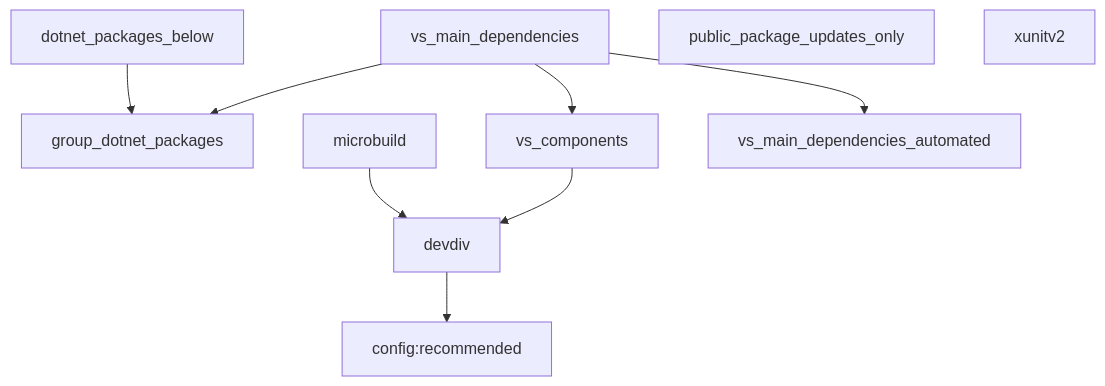
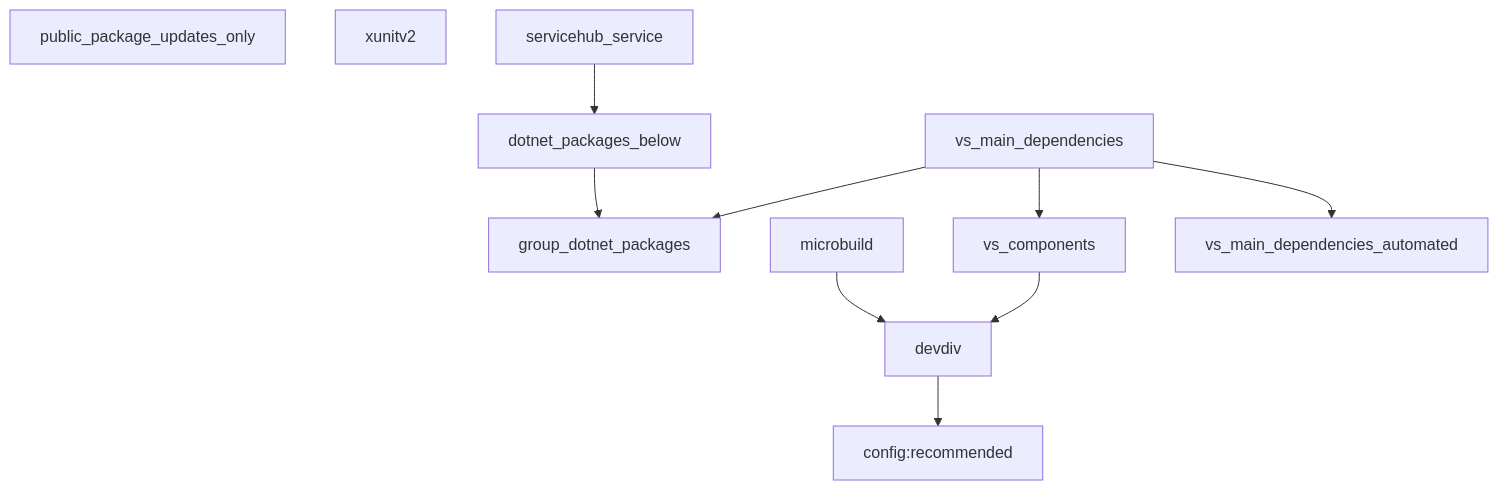
The diagram in README.md (microsoft/vs-renovate-presets), drawn with Mermaid before and after one commit. The commit also changed 1 other file, not shown here.

Commit message:
Add a dedicated servicehub_service preset

````diff
--- a/README.md
+++ b/README.md
@@ -10,12 +10,13 @@
 ```mermaid
 flowchart TD
     devdiv --> configRecommended["config:recommended"]
     dotnet_packages_below --> group_dotnet_packages
     microbuild --> devdiv
     vs_components --> devdiv
     vs_main_dependencies --> vs_components
     vs_main_dependencies --> group_dotnet_packages
     vs_main_dependencies --> vs_main_dependencies_automated
     public_package_updates_only
     xunitv2
+    servicehub_service --> dotnet_packages_below
 ```
````
